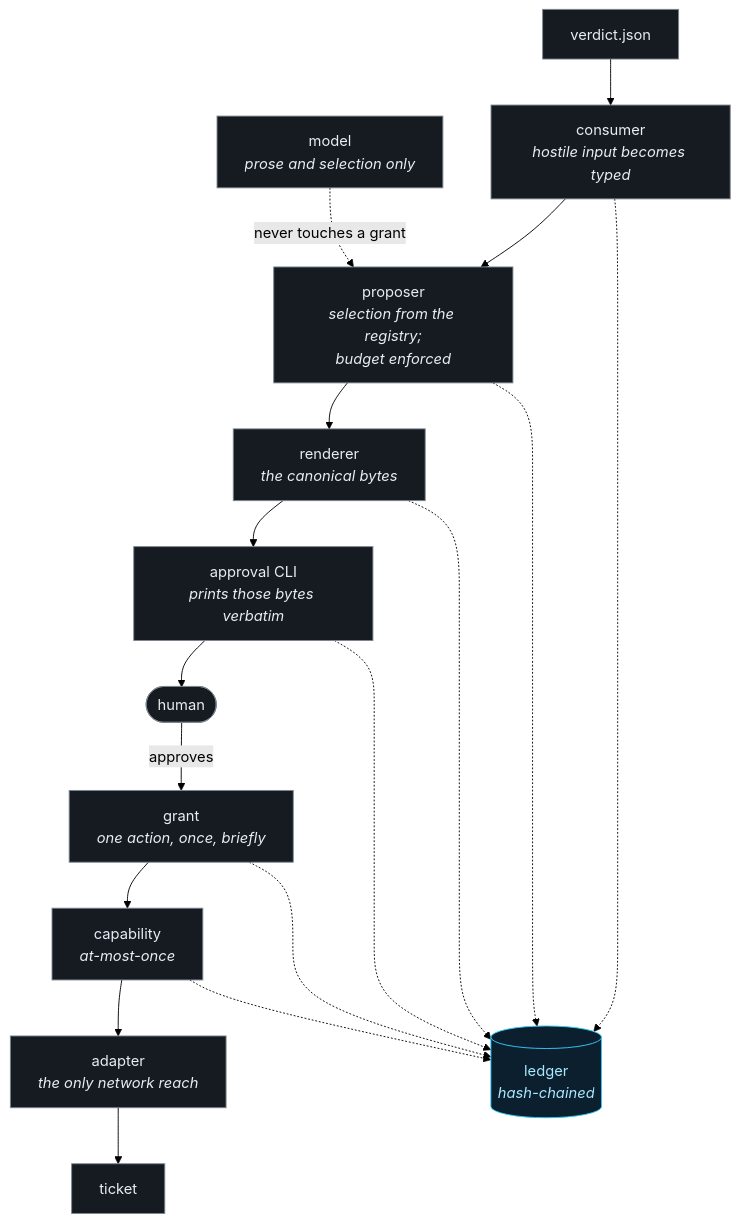
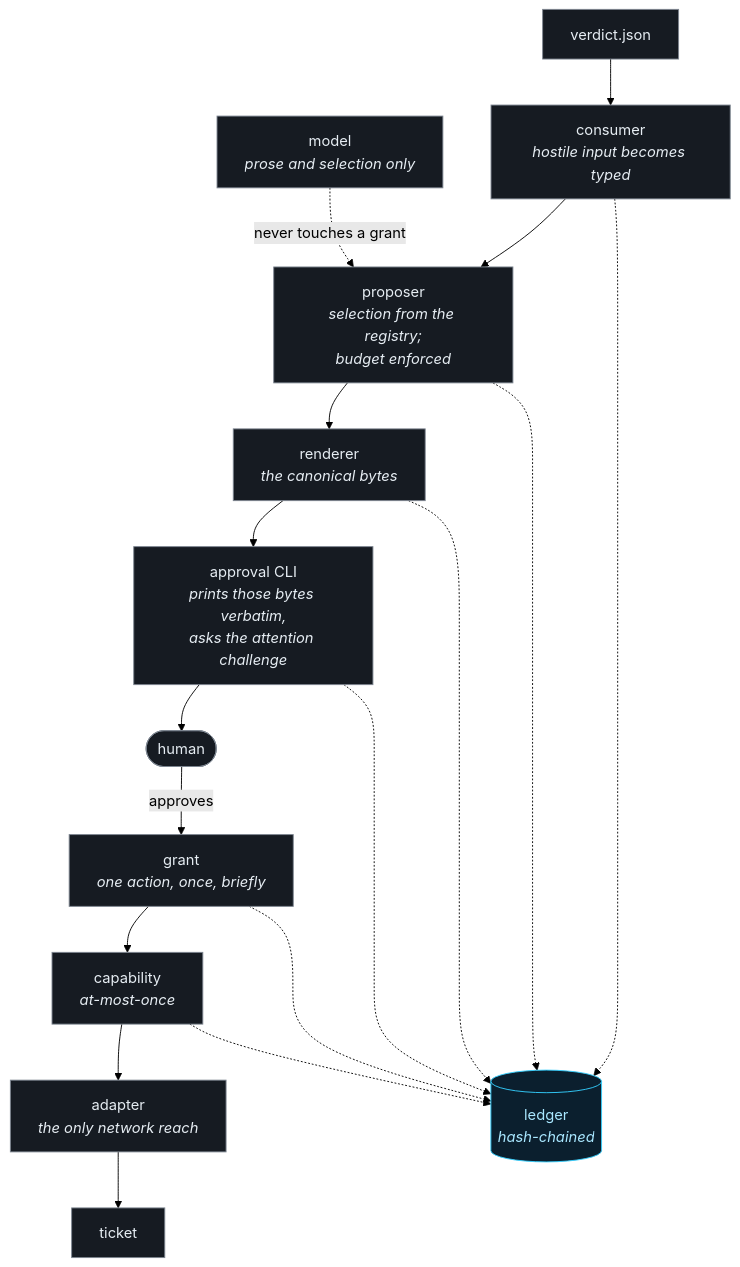
One commit to jerzy99jerzy/pirx changed the third of 3 diagrams in README.md. Above: the diagram before and after it, drawn with Mermaid (forest theme). The commit also changed other lines of this file and 11 other files, not shown here.

First line of the commit message:
docs: reconcile the tree with the code - catalogue the pump attacks (F64), fold in the two-writer ledger, redraw the gate's diagrams

````diff
--- a/README.md
+++ b/README.md
@@ -328,22 +328,22 @@
 ```mermaid
 flowchart TB
     V["verdict.json"] --> C["consumer<br/><i>hostile input becomes typed</i>"]
     C --> PR["proposer<br/><i>selection from the registry;<br/>budget enforced</i>"]
     PR --> RN["renderer<br/><i>the canonical bytes</i>"]
-    RN --> AP["approval CLI<br/><i>prints those bytes verbatim</i>"]
+    RN --> AP["approval CLI<br/><i>prints those bytes verbatim,<br/>asks the attention challenge</i>"]
     AP --> H(["human"])
     H -->|approves| G["grant<br/><i>one action, once, briefly</i>"]
     G --> CAP["capability<br/><i>at-most-once</i>"]
     CAP --> AD["adapter<br/><i>the only network reach</i>"]
     AD --> T["ticket"]
     M["model<br/><i>prose and selection only</i>"] -.->|"never touches a grant"| PR
     L[("ledger<br/><i>hash-chained</i>")]
     C -.-> L
     PR -.-> L
     RN -.-> L
     AP -.-> L
     G -.-> L
     CAP -.-> L
     classDef default fill:#161b22,stroke:#7d8590,color:#e6edf3
     style L fill:#0b1f2e,stroke:#34d0ff,color:#a9e7ff
 ```
````
